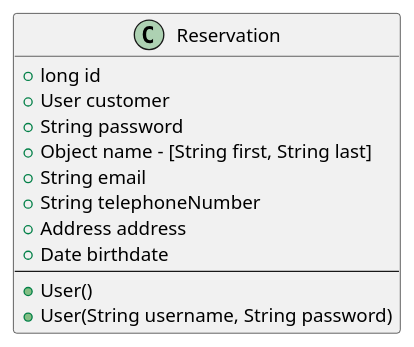
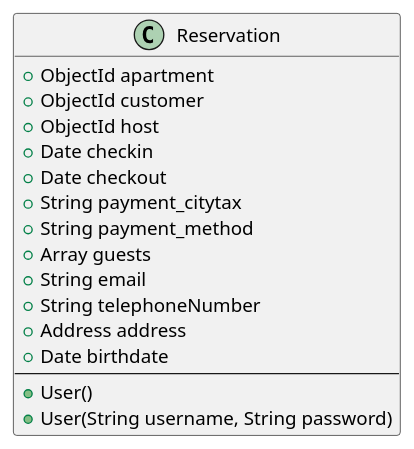
Before and after one commit to TommasoScalici/BnB: the diagram in app-diagrams/class/reservation.wsd, drawn with PlantUML. The commit also changed 4 other files, not shown here.

```diff
--- a/app-diagrams/class/reservation.wsd
+++ b/app-diagrams/class/reservation.wsd
@@ -1,19 +1,23 @@
 @startuml classdiagram
 left to right direction
 
 class Reservation {
-  +long id
-  +User customer
-  +String password
-  +Object name - [String first, String last]
+  +ObjectId apartment
+  +ObjectId customer
+  +ObjectId host
+  +Date checkin
+  +Date checkout
+  +String payment_citytax
+  +String payment_method
+  +Array guests
   +String email
   +String telephoneNumber
   +Address address
   +Date birthdate
   --
   +User()
   +User(String username, String password)
 }
 
 
 @enduml
```
